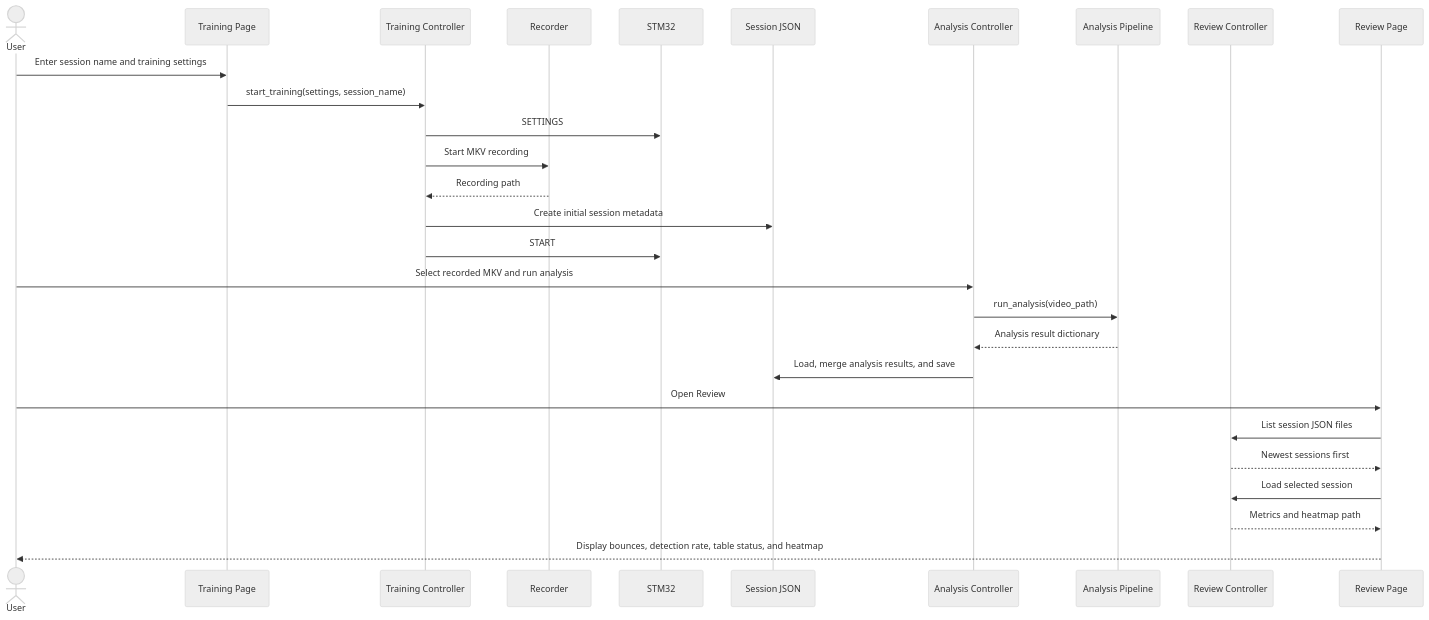
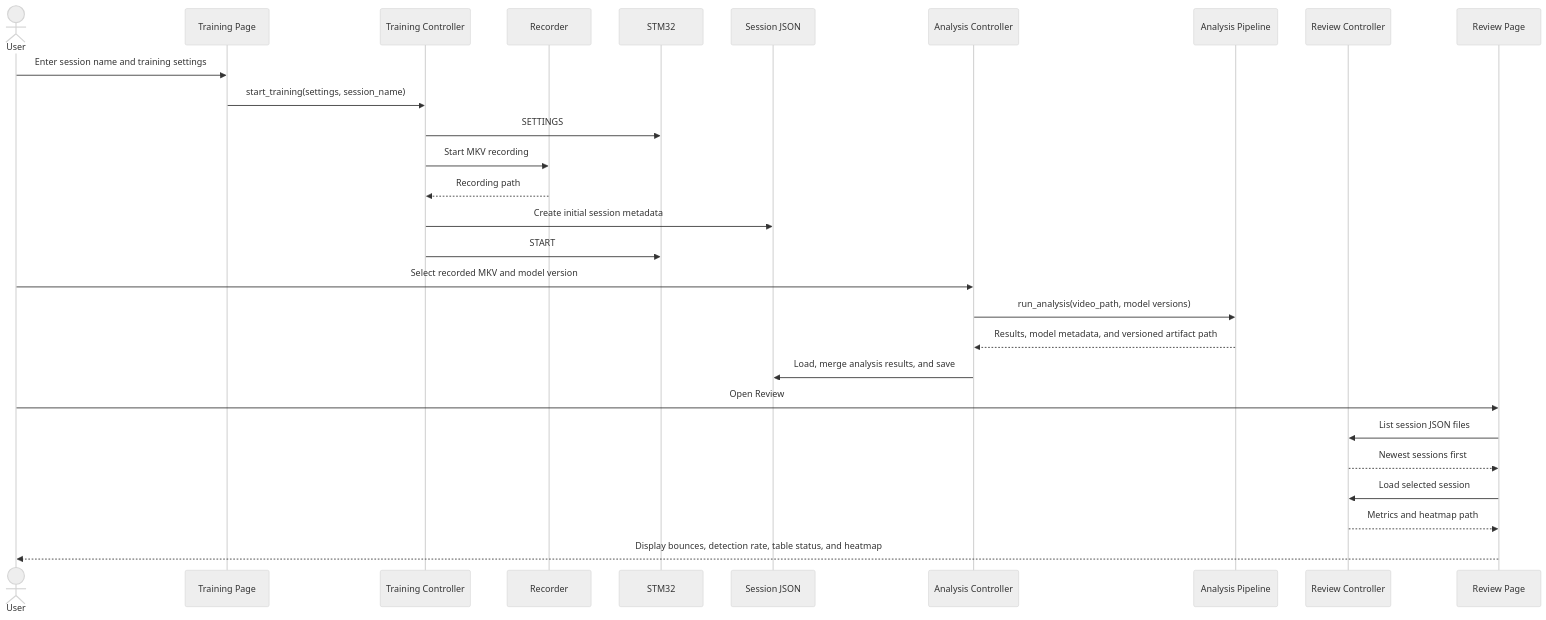
The third of 4 diagrams in jetson/docs/software_architecture.md (CoulterRolph/Capstone_Opencv), drawn with Mermaid (neutral theme) before and after one commit. The commit also changed other lines of this file and 23 other files, not shown here.

````diff
--- a/jetson/docs/software_architecture.md
+++ b/jetson/docs/software_architecture.md
@@ -113,33 +122,33 @@
 ```mermaid
 sequenceDiagram
     actor U as User
     participant TP as Training Page
     participant TC as Training Controller
     participant REC as Recorder
     participant STM as STM32
     participant J as Session JSON
     participant AC as Analysis Controller
     participant CV as Analysis Pipeline
     participant RC as Review Controller
     participant RP as Review Page
 
     U->>TP: Enter session name and training settings
     TP->>TC: start_training(settings, session_name)
     TC->>STM: SETTINGS
     TC->>REC: Start MKV recording
     REC-->>TC: Recording path
     TC->>J: Create initial session metadata
     TC->>STM: START
 
-    U->>AC: Select recorded MKV and run analysis
-    AC->>CV: run_analysis(video_path)
-    CV-->>AC: Analysis result dictionary
+    U->>AC: Select recorded MKV and model version
+    AC->>CV: run_analysis(video_path, model versions)
+    CV-->>AC: Results, model metadata, and versioned artifact path
     AC->>J: Load, merge analysis results, and save
 
     U->>RP: Open Review
     RP->>RC: List session JSON files
     RC-->>RP: Newest sessions first
     RP->>RC: Load selected session
     RC-->>RP: Metrics and heatmap path
     RP-->>U: Display bounces, detection rate, table status, and heatmap
 ```
````
